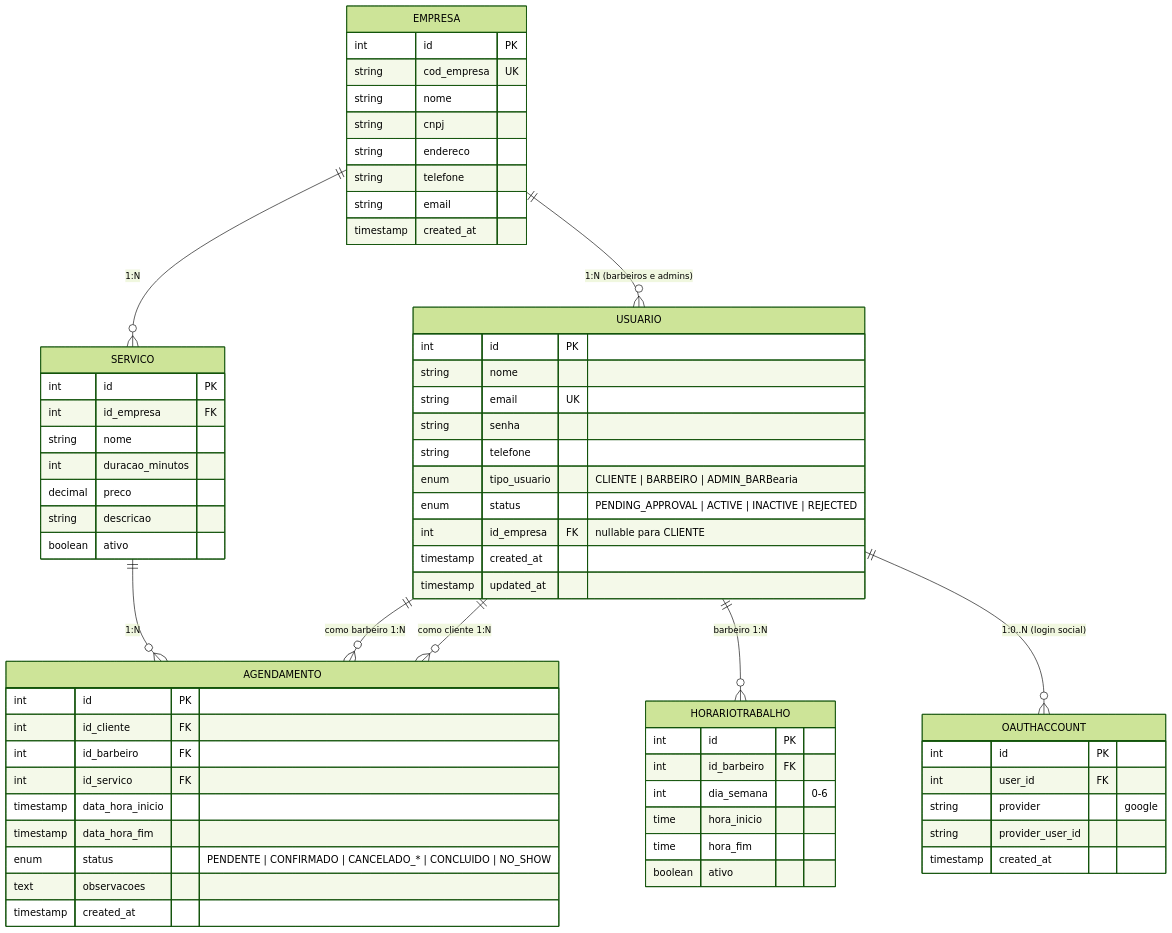
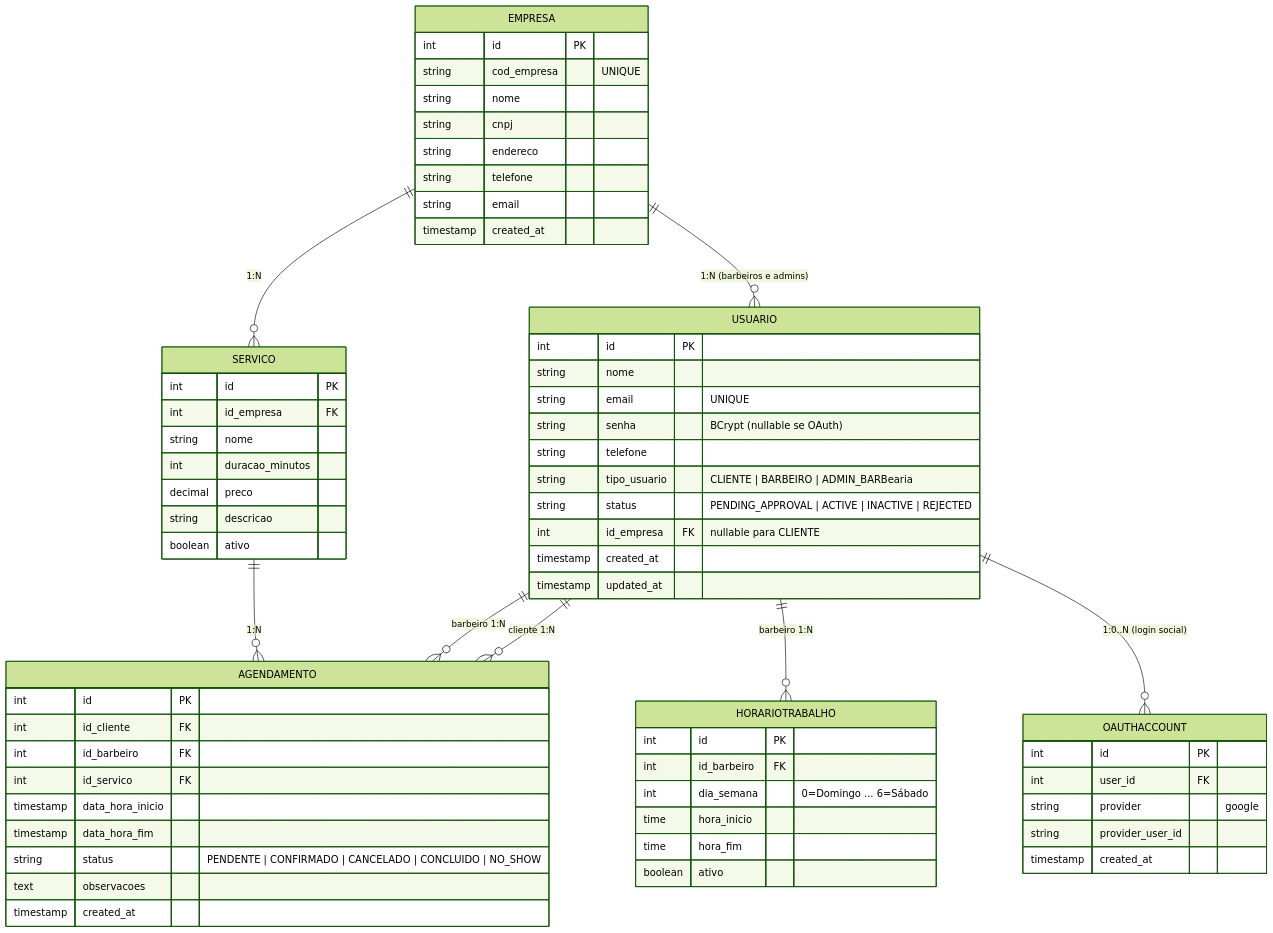
The diagram in README.md (Andre-Gomes20/site-para-barbearias), drawn with Mermaid (forest theme) before and after one commit. The commit also changed other lines of this file, not shown here.

Commit message:
Revise architecture details in README
Updated entity relationships and attributes in the architecture section of the README.

````diff
--- a/README.md
+++ b/README.md
@@ -19,73 +18,76 @@
 ```mermaid
 erDiagram
+    %% ==================== RELACIONAMENTOS ====================
     EMPRESA ||--o{ USUARIO : "1:N (barbeiros e admins)"
-    USUARIO ||--o{ AGENDAMENTO : "como cliente 1:N"
-    USUARIO ||--o{ AGENDAMENTO : "como barbeiro 1:N"
+    USUARIO ||--o{ AGENDAMENTO : "cliente 1:N"
+    USUARIO ||--o{ AGENDAMENTO : "barbeiro 1:N"
     EMPRESA ||--o{ SERVICO : "1:N"
     SERVICO ||--o{ AGENDAMENTO : "1:N"
     USUARIO ||--o{ HORARIOTRABALHO : "barbeiro 1:N"
     USUARIO ||--o{ OAUTHACCOUNT : "1:0..N (login social)"
 
+    %% ==================== ENTIDADES ====================
+
     EMPRESA {
         int id PK
-        string cod_empresa UK
+        string cod_empresa "UNIQUE"
         string nome
         string cnpj
         string endereco
         string telefone
         string email
         timestamp created_at
     }
 
     USUARIO {
         int id PK
         string nome
-        string email UK
-        string senha
+        string email "UNIQUE"
+        string senha "BCrypt (nullable se OAuth)"
         string telefone
-        enum tipo_usuario "CLIENTE | BARBEIRO | ADMIN_BARBearia"
-        enum status "PENDING_APPROVAL | ACTIVE | INACTIVE | REJECTED"
+        string tipo_usuario "CLIENTE | BARBEIRO | ADMIN_BARBearia"
+        string status "PENDING_APPROVAL | ACTIVE | INACTIVE | REJECTED"
         int id_empresa FK "nullable para CLIENTE"
         timestamp created_at
         timestamp updated_at
     }
 
     OAUTHACCOUNT {
         int id PK
         int user_id FK
         string provider "google"
         string provider_user_id
         timestamp created_at
     }
 
     SERVICO {
         int id PK
         int id_empresa FK
         string nome
         int duracao_minutos
         decimal preco
         string descricao
         boolean ativo
     }
 
     AGENDAMENTO {
         int id PK
         int id_cliente FK
         int id_barbeiro FK
         int id_servico FK
         timestamp data_hora_inicio
         timestamp data_hora_fim
-        enum status "PENDENTE | CONFIRMADO | CANCELADO_* | CONCLUIDO | NO_SHOW"
+        string status "PENDENTE | CONFIRMADO | CANCELADO | CONCLUIDO | NO_SHOW"
         text observacoes
         timestamp created_at
     }
 
     HORARIOTRABALHO {
         int id PK
         int id_barbeiro FK
-        int dia_semana "0-6"
+        int dia_semana "0=Domingo ... 6=Sábado"
         time hora_inicio
         time hora_fim
         boolean ativo
     }
 ```
````
